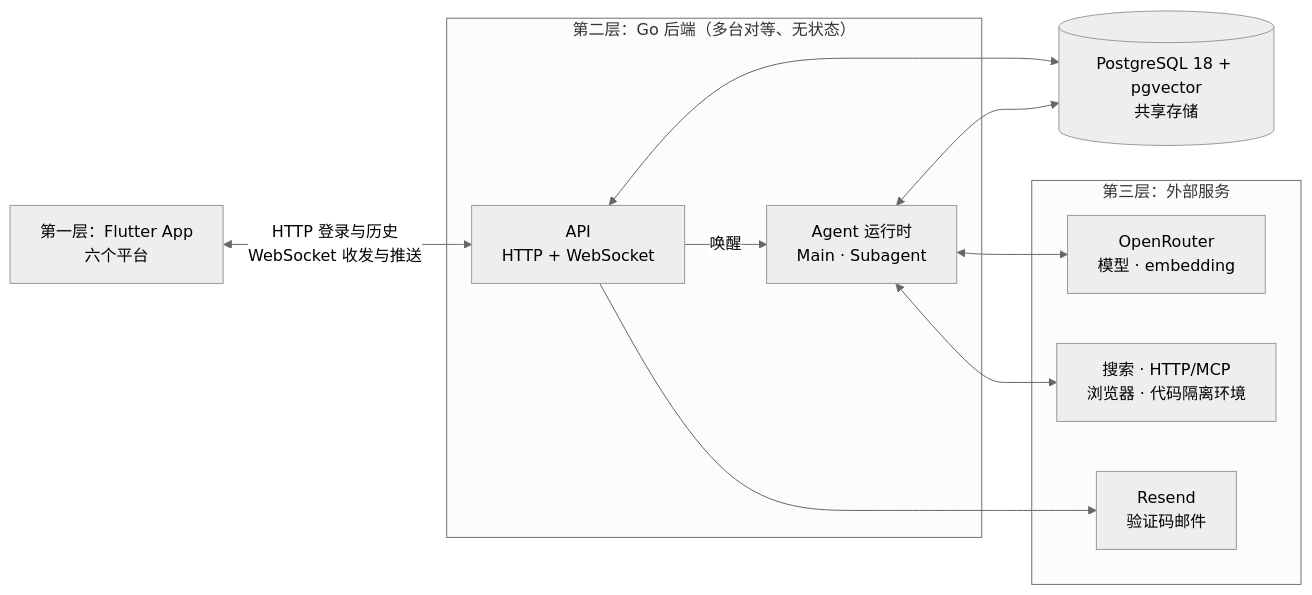
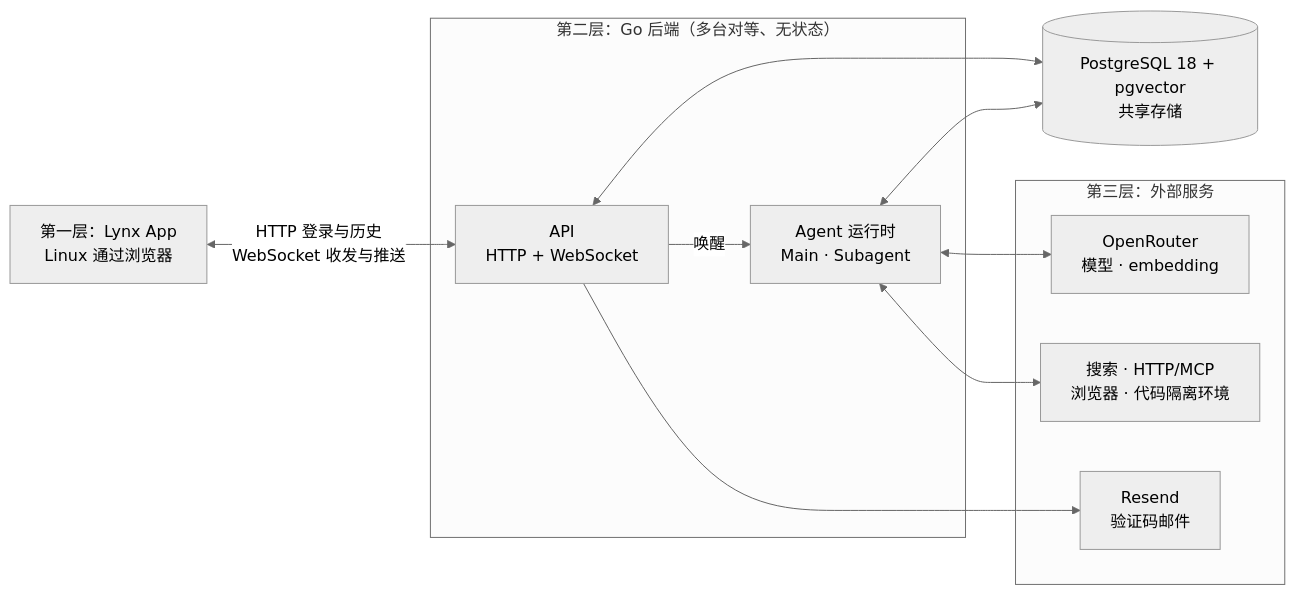
The diagram in docs/wiki/01-overview.md (OmniNetOpensource/aether-personal), drawn with Mermaid (neutral theme) before and after one commit. The commit also changed other lines of this file and 11 other files, not shown here.

````diff
--- a/docs/wiki/01-overview.md
+++ b/docs/wiki/01-overview.md
@@ -23,22 +23,22 @@
 ```mermaid
 flowchart LR
-    APP["第一层：Flutter App<br/>六个平台"]
+    APP["第一层：Lynx App<br/>Linux 通过浏览器"]
     subgraph BACKEND["第二层：Go 后端（多台对等、无状态）"]
         API["API<br/>HTTP + WebSocket"]
         RUNTIME["Agent 运行时<br/>Main · Subagent"]
     end
     DB[("PostgreSQL 18 + pgvector<br/>共享存储")]
     subgraph EXTERNAL["第三层：外部服务"]
         OPENROUTER["OpenRouter<br/>模型 · embedding"]
         RESEND["Resend<br/>验证码邮件"]
         TOOLS["搜索 · HTTP/MCP<br/>浏览器 · 代码隔离环境"]
     end
 
     APP <-->|"HTTP 登录与历史<br/>WebSocket 收发与推送"| API
     API <--> DB
     RUNTIME <--> DB
     API -->|"唤醒"| RUNTIME
     RUNTIME <--> OPENROUTER
     API --> RESEND
     RUNTIME <--> TOOLS
 ```
````
